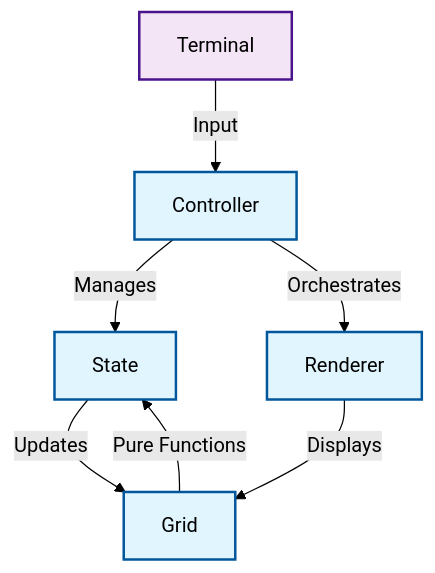
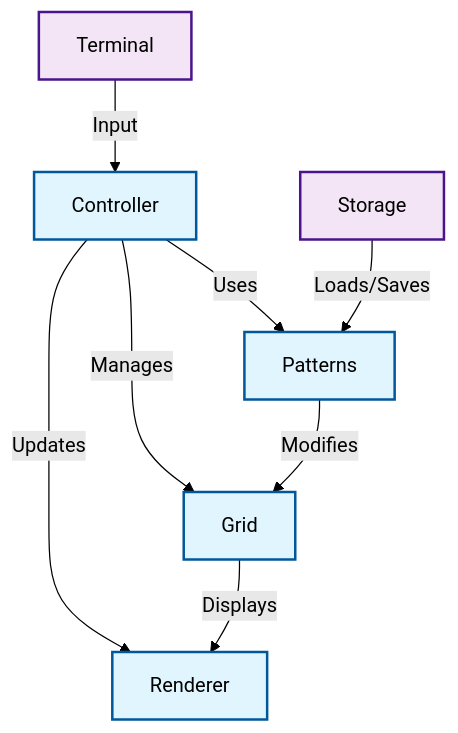
One commit to dewe/py-gol changed the fifth of 6 diagrams in docs/diagrams.md. Above: the diagram before and after it, drawn with Mermaid (forest theme). The commit also changed other lines of this file and 3 other files, not shown here.

First line of the commit message:
docs(architecture): update documentation to reflect functional implementation

````diff
--- a/docs/diagrams.md
+++ b/docs/diagrams.md
@@ -142,15 +105,16 @@
 ```mermaid
 graph TD
-    Controller -->|Manages| State
-    Controller -->|Orchestrates| Renderer
-    State -->|Updates| Grid
-    Grid -->|Pure Functions| State
-    Renderer -->|Displays| Grid
+    Controller -->|Manages| Grid
+    Controller -->|Uses| Patterns
+    Controller -->|Updates| Renderer
+    Patterns -->|Modifies| Grid
+    Grid -->|Displays| Renderer
     Terminal -->|Input| Controller
+    Storage -->|Loads/Saves| Patterns
 
     %% Styling
     classDef component fill:#e1f5fe,stroke:#01579b,stroke-width:2px;
     classDef system fill:#f3e5f5,stroke:#4a148c,stroke-width:2px;
-    class Controller,State,Renderer,Grid component;
-    class Terminal system;
+    class Controller,Grid,Patterns,Renderer component;
+    class Terminal,Storage system;
 ```
````
